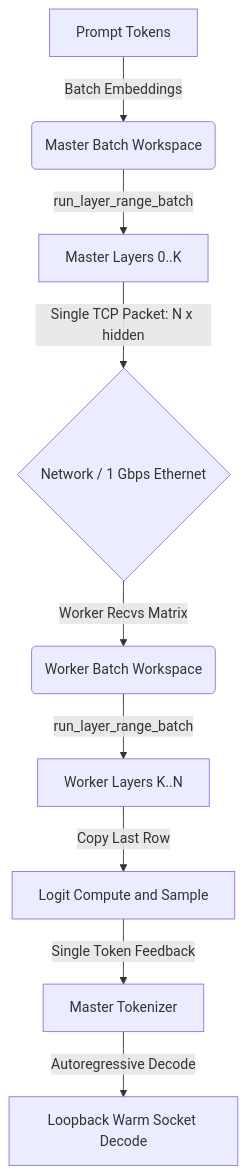
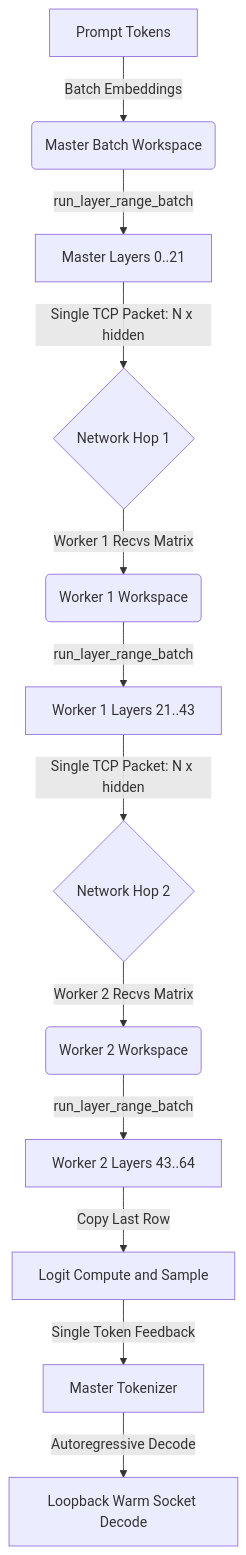
One commit to timtoole02/NanoCamelid changed the diagram in docs/HIGH_PERFORMANCE_INFERENCE_WALKTHROUGH.md. Above: the diagram before and after it, drawn with Mermaid. The commit also changed other lines of this file, not shown here.

````diff
--- a/docs/HIGH_PERFORMANCE_INFERENCE_WALKTHROUGH.md
+++ b/docs/HIGH_PERFORMANCE_INFERENCE_WALKTHROUGH.md
@@ -113,11 +103,14 @@
 ```mermaid
 graph TD
  A[Prompt Tokens] -->|Batch Embeddings| B(Master Batch Workspace)
- B -->|run_layer_range_batch| C[Master Layers 0..K]
- C -->|Single TCP Packet: N x hidden| D{Network / 1 Gbps Ethernet}
- D -->|Worker Recvs Matrix| E(Worker Batch Workspace)
- E -->|run_layer_range_batch| F[Worker Layers K..N]
- F -->|Copy Last Row| G[Logit Compute and Sample]
- G -->|Single Token Feedback| H[Master Tokenizer]
- H -->|Autoregressive Decode| I[Loopback Warm Socket Decode]
+ B -->|run_layer_range_batch| C[Master Layers 0..21]
+ C -->|Single TCP Packet: N x hidden| D{Network Hop 1}
+ D -->|Worker 1 Recvs Matrix| E(Worker 1 Workspace)
+ E -->|run_layer_range_batch| F[Worker 1 Layers 21..43]
+ F -->|Single TCP Packet: N x hidden| G{Network Hop 2}
+ G -->|Worker 2 Recvs Matrix| H(Worker 2 Workspace)
+ H -->|run_layer_range_batch| I[Worker 2 Layers 43..64]
+ I -->|Copy Last Row| J[Logit Compute and Sample]
+ J -->|Single Token Feedback| K[Master Tokenizer]
+ K -->|Autoregressive Decode| L[Loopback Warm Socket Decode]
 ```
````
